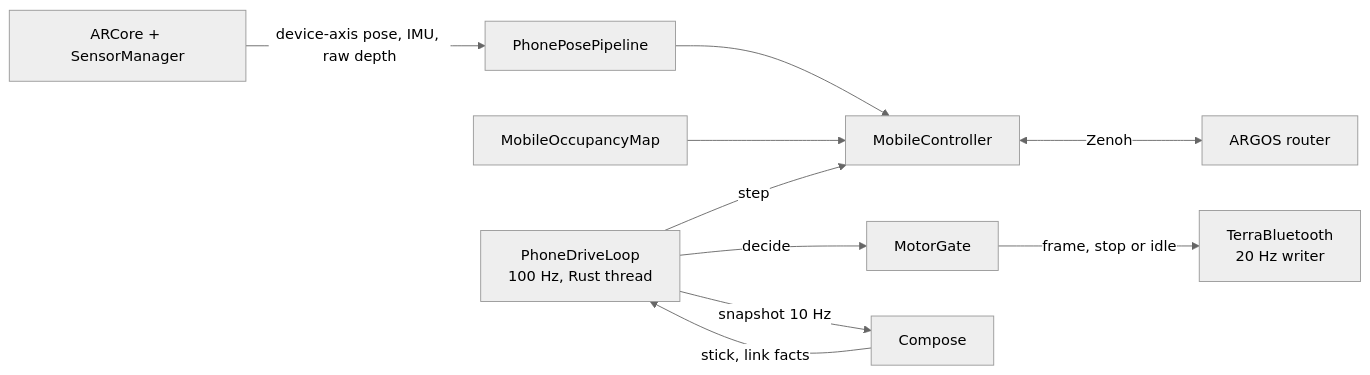
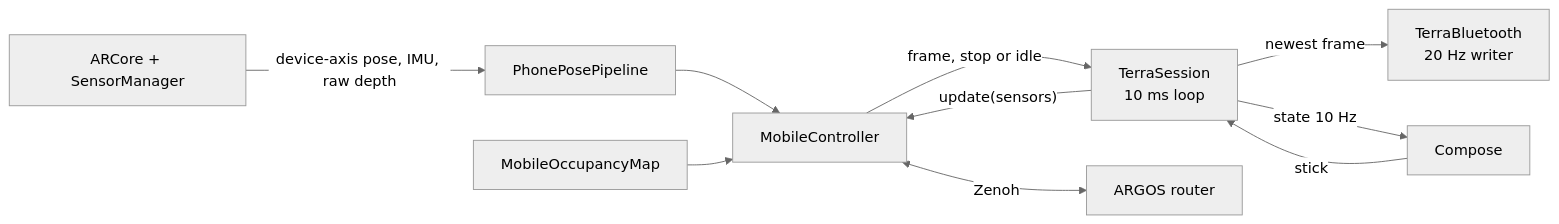
One commit to Super-Yojan/Terra changed the diagram in docs/MOBILE_ANDROID.md. Above: the diagram before and after it, drawn with Mermaid (neutral theme). The commit also changed other lines of this file and 3 other files, not shown here.

````diff
--- a/docs/MOBILE_ANDROID.md
+++ b/docs/MOBILE_ANDROID.md
@@ -9,12 +9,12 @@
 ```mermaid
 flowchart LR
   AR[ARCore + SensorManager] -->|device-axis pose, IMU, raw depth| Pipe[PhonePosePipeline]
   Pipe --> Ctrl[MobileController]
   Map[MobileOccupancyMap] --> Ctrl
-  Loop[PhoneDriveLoop<br/>100 Hz, Rust thread] -->|step| Ctrl
-  Loop -->|decide| Gate[MotorGate]
-  Gate -->|frame, stop or idle| BLE[TerraBluetooth<br/>20 Hz writer]
+  Loop[TerraSession<br/>10 ms loop] -->|"update(sensors)"| Ctrl
+  Ctrl -->|frame, stop or idle| Loop
+  Loop -->|newest frame| BLE[TerraBluetooth<br/>20 Hz writer]
   Ctrl <-->|Zenoh| ARGOS[ARGOS router]
-  UI[Compose] -->|stick, link facts| Loop
-  Loop -->|snapshot 10 Hz| UI
+  UI[Compose] -->|stick| Loop
+  Loop -->|state 10 Hz| UI
 ```
````
